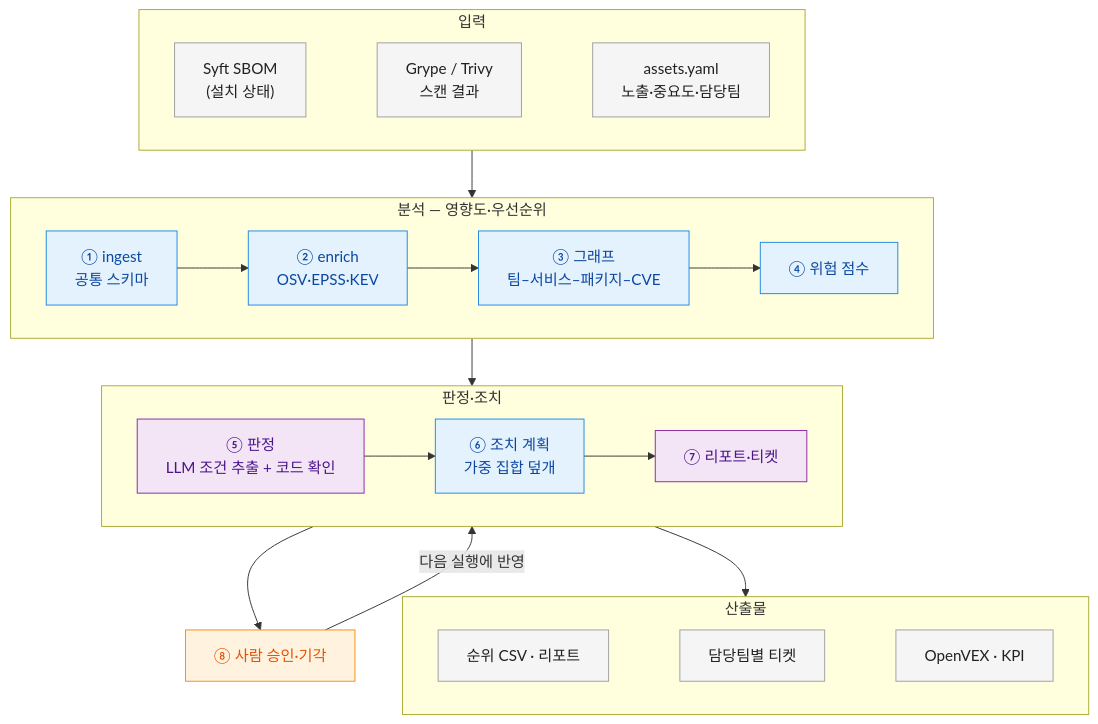
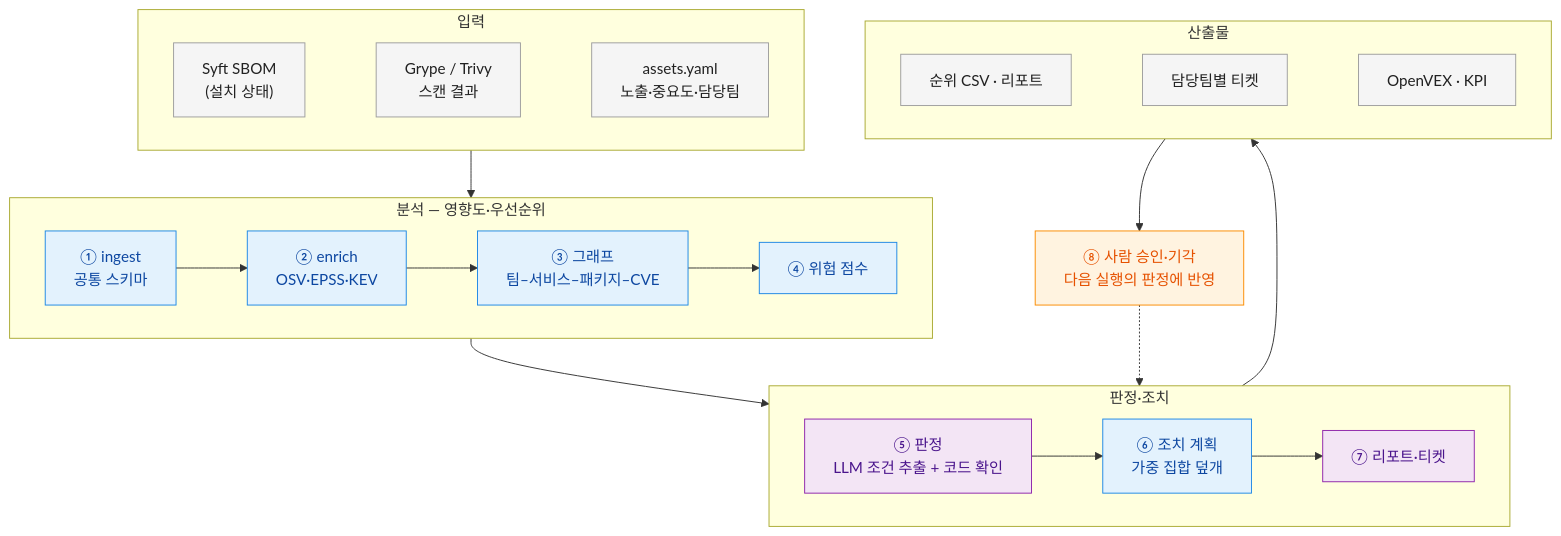
The second of 4 diagrams in README.md (toowani/supply-chain-agent), drawn with Mermaid before and after one commit.

Commit message:
README: keep judge/plan row horizontal

````diff
--- a/README.md
+++ b/README.md
@@ -31,37 +31,37 @@
 ```mermaid
 flowchart TB
   subgraph IN["입력"]
     direction LR
     s1["Syft SBOM<br/>(설치 상태)"]
     s2["Grype / Trivy<br/>스캔 결과"]
     s3["assets.yaml<br/>노출·중요도·담당팀"]
     s1 ~~~ s2 ~~~ s3
   end
   subgraph A["분석 — 영향도·우선순위"]
     direction LR
     ing["① ingest<br/>공통 스키마"] --> enr["② enrich<br/>OSV·EPSS·KEV"] --> grp["③ 그래프<br/>팀–서비스–패키지–CVE"] --> scr["④ 위험 점수"]
   end
   subgraph B["판정·조치"]
     direction LR
     jdg["⑤ 판정<br/>LLM 조건 추출 + 코드 확인"] --> pln["⑥ 조치 계획<br/>가중 집합 덮개"] --> rep["⑦ 리포트·티켓"]
   end
   subgraph OUT["산출물"]
     direction LR
     o1["순위 CSV · 리포트"]
     o2["담당팀별 티켓"]
     o3["OpenVEX · KPI"]
     o1 ~~~ o2 ~~~ o3
   end
   IN --> A --> B --> OUT
-  rep --> fb["⑧ 사람 승인·기각"]
-  fb -->|다음 실행에 반영| jdg
+  OUT --> fb["⑧ 사람 승인·기각<br/>다음 실행의 판정에 반영"]
+  fb -.-> B
 
   classDef code fill:#e3f2fd,stroke:#1e88e5,color:#0d47a1
   classDef llm fill:#f3e5f5,stroke:#8e24aa,color:#4a148c
   classDef human fill:#fff3e0,stroke:#fb8c00,color:#e65100
   classDef io fill:#f5f5f5,stroke:#9e9e9e,color:#212121
   class ing,enr,grp,scr,pln code
   class jdg,rep llm
   class fb human
   class s1,s2,s3,o1,o2,o3 io
 ```
````
